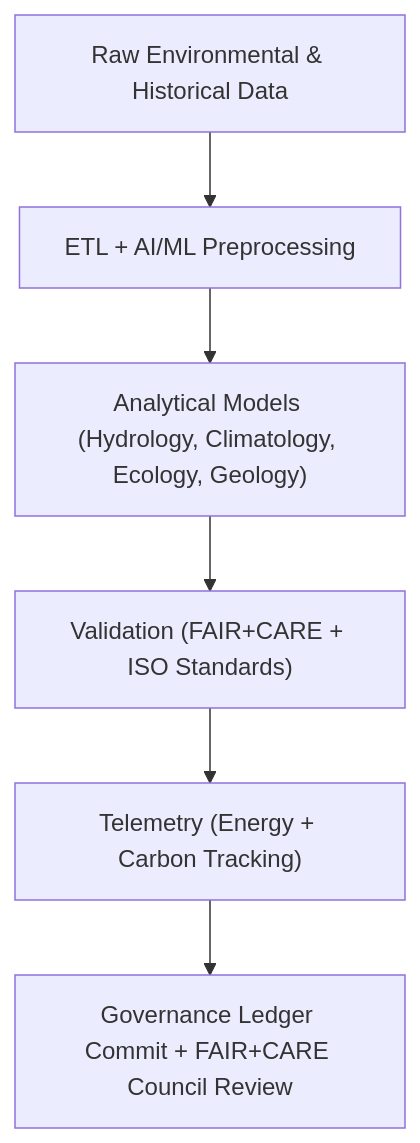
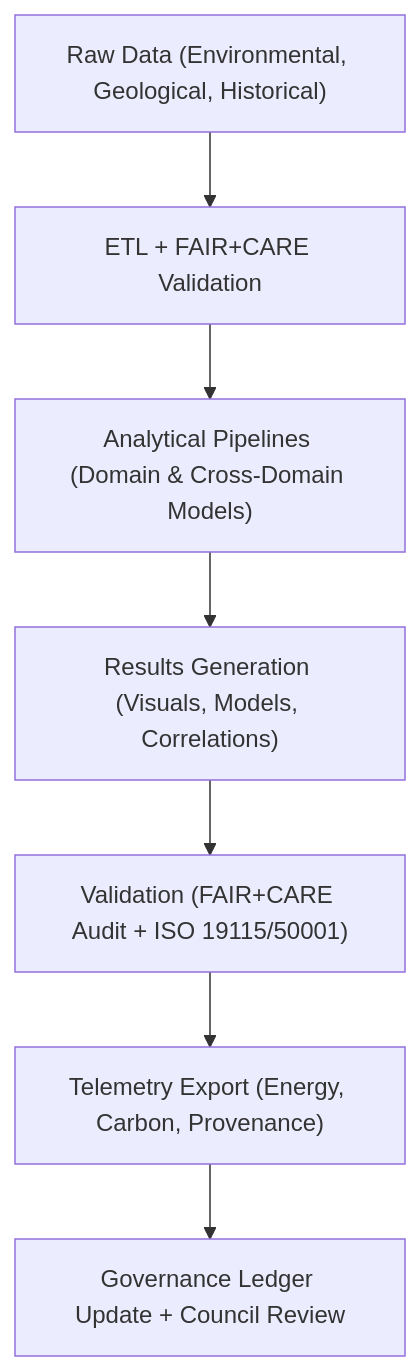
One commit to bartytime4life/Kansas-Frontier-Matrix changed the diagram in docs/analyses/README.md. Above: the diagram before and after it, drawn with Mermaid. The commit also changed other lines of this file, not shown here.

````diff
--- a/docs/analyses/README.md
+++ b/docs/analyses/README.md
@@ -96,8 +98,9 @@
 ```mermaid
 flowchart TD
-  A["Raw Environmental & Historical Data"] --> B["ETL + AI/ML Preprocessing"]
-  B --> C["Analytical Models (Hydrology, Climatology, Ecology, Geology)"]
-  C --> D["Validation (FAIR+CARE + ISO Standards)"]
-  D --> E["Telemetry (Energy + Carbon Tracking)"]
-  E --> F["Governance Ledger Commit + FAIR+CARE Council Review"]
+  A["Raw Data (Environmental, Geological, Historical)"] --> B["ETL + FAIR+CARE Validation"]
+  B --> C["Analytical Pipelines (Domain & Cross-Domain Models)"]
+  C --> D["Results Generation (Visuals, Models, Correlations)"]
+  D --> E["Validation (FAIR+CARE Audit + ISO 19115/50001)"]
+  E --> F["Telemetry Export (Energy, Carbon, Provenance)"]
+  F --> G["Governance Ledger Update + Council Review"]
 ```
````
